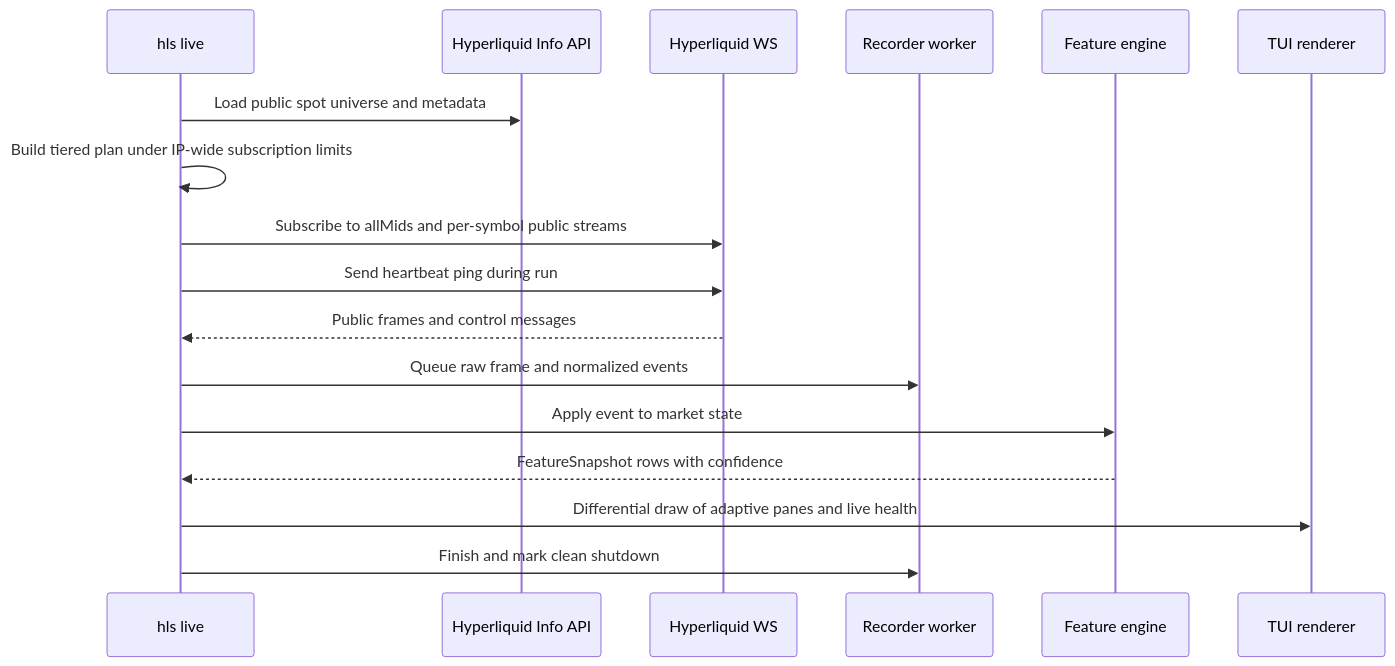
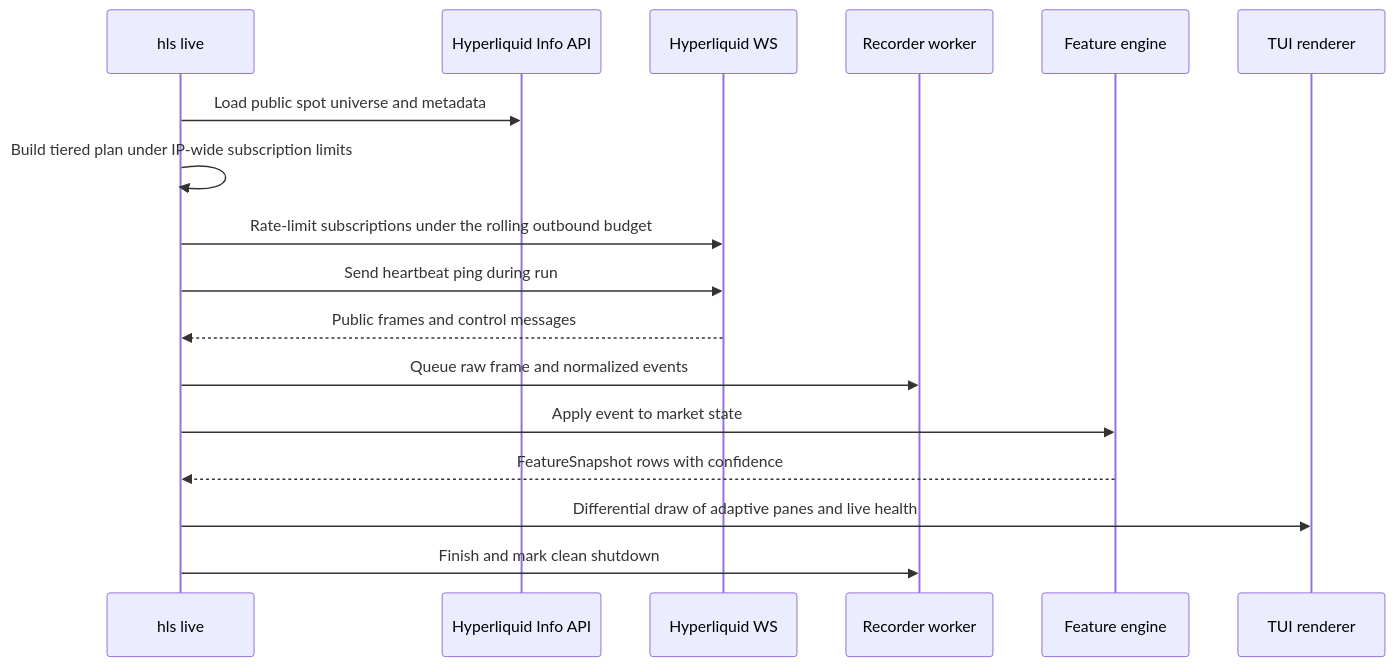
One commit to rsitech-ai/hlscreen changed the third of 4 diagrams in docs/architecture.md. Above: the diagram before and after it, drawn with Mermaid. The commit also changed other lines of this file and 14 other files, not shown here.

````diff
--- a/docs/architecture.md
+++ b/docs/architecture.md
@@ -69,20 +69,20 @@
 ```mermaid
 sequenceDiagram
     participant CLI as hls live
     participant REST as Hyperliquid Info API
     participant WS as Hyperliquid WS
     participant REC as Recorder worker
     participant FEAT as Feature engine
     participant TUI as TUI renderer
 
     CLI->>REST: Load public spot universe and metadata
     CLI->>CLI: Build tiered plan under IP-wide subscription limits
-    CLI->>WS: Subscribe to allMids and per-symbol public streams
+    CLI->>WS: Rate-limit subscriptions under the rolling outbound budget
     CLI->>WS: Send heartbeat ping during run
     WS-->>CLI: Public frames and control messages
     CLI->>REC: Queue raw frame and normalized events
     CLI->>FEAT: Apply event to market state
     FEAT-->>CLI: FeatureSnapshot rows with confidence
     CLI->>TUI: Differential draw of adaptive panes and live health
     CLI->>REC: Finish and mark clean shutdown
 ```
````
